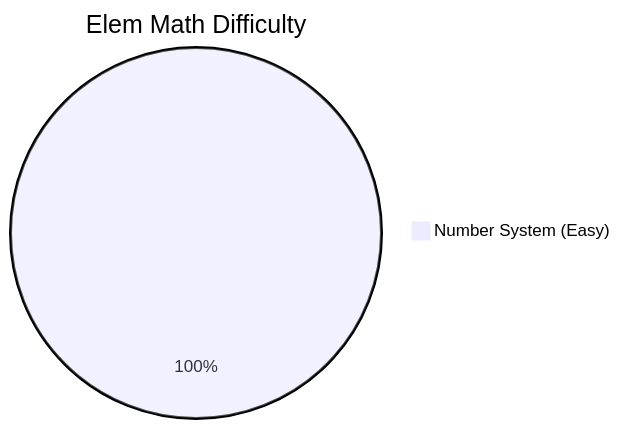
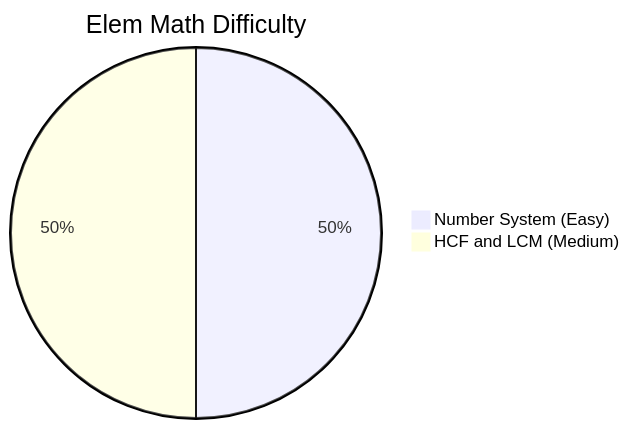
The second of 3 diagrams in content/cds/math/math_overview.md (skc-coder/SAGE), drawn with Mermaid before and after one commit. The commit also changed other lines of this file and 6 other files, not shown here.

Commit message:
feat(math): add Pathfinder Chapter 3 HCF and LCM notes, subtopics, and variations under SAGE taxonomy

````diff
--- a/content/cds/math/math_overview.md
+++ b/content/cds/math/math_overview.md
@@ -29,4 +30,5 @@
 ```mermaid
 pie title Elem Math Difficulty
     "Number System (Easy)" : 1
+    "HCF and LCM (Medium)" : 1
 ```
````
